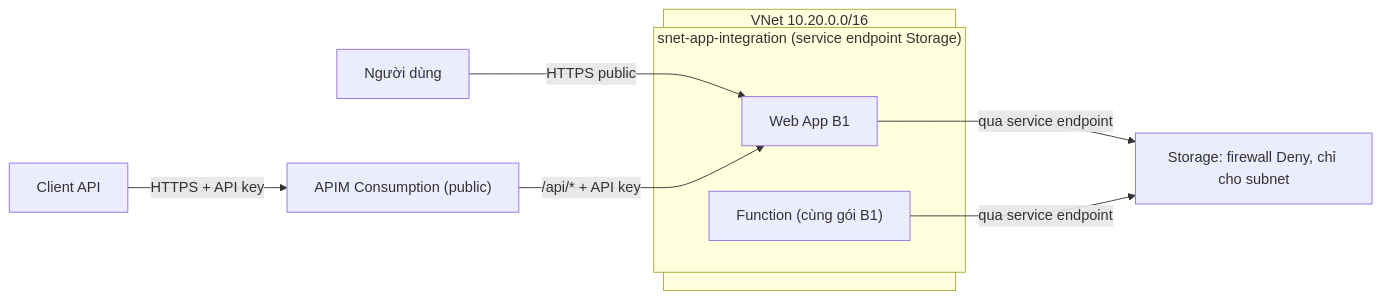
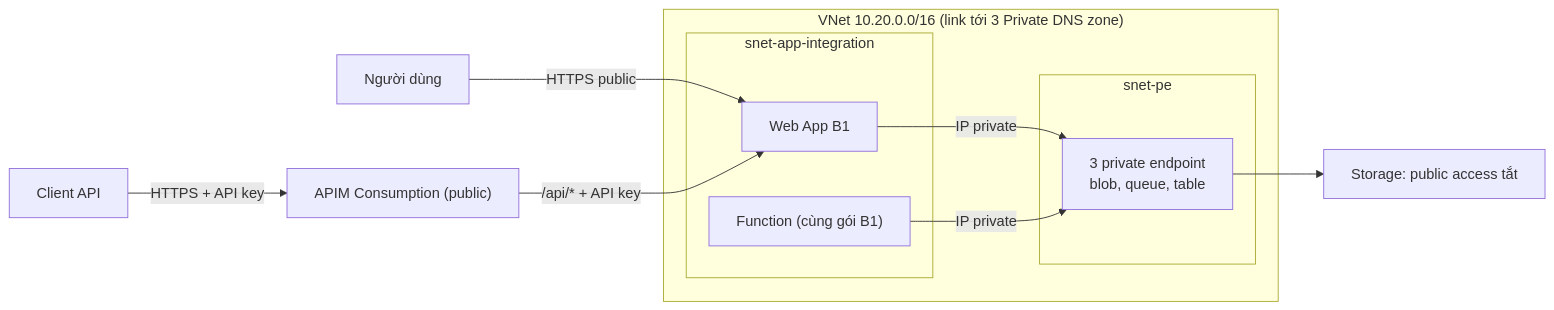
One commit to qlap04/KRT-run-infra changed the third of 3 diagrams in docs/SETUP_vi.md. Above: the diagram before and after it, drawn with Mermaid. The commit also changed other lines of this file and 1 other file, not shown here.

First line of the commit message:
docs: describe private endpoints for storage

````diff
--- a/docs/SETUP_vi.md
+++ b/docs/SETUP_vi.md
@@ -138,15 +142,18 @@
 ```mermaid
 flowchart LR
   U["Người dùng"] -->|HTTPS public| W
   C["Client API"] -->|HTTPS + API key| A["APIM Consumption (public)"]
   A -->|/api/* + API key| W
-  subgraph VNET["VNet 10.20.0.0/16"]
-    subgraph SN["snet-app-integration (service endpoint Storage)"]
+  subgraph VNET["VNet 10.20.0.0/16 (link tới 3 Private DNS zone)"]
+    subgraph SN["snet-app-integration"]
       W["Web App B1"]
       F["Function (cùng gói B1)"]
     end
+    subgraph PE["snet-pe"]
+      PEP["3 private endpoint<br/>blob, queue, table"]
+    end
   end
-  W -->|qua service endpoint| ST
-  F -->|qua service endpoint| ST
-  ST["Storage: firewall Deny, chỉ cho subnet"]
+  W -->|IP private| PEP
+  F -->|IP private| PEP
+  PEP --> ST["Storage: public access tắt"]
 ```
````
